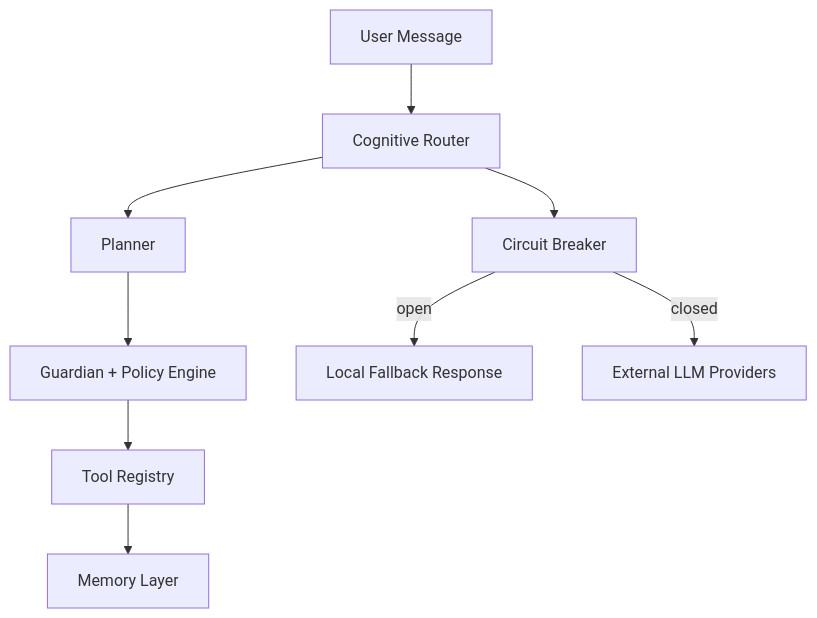
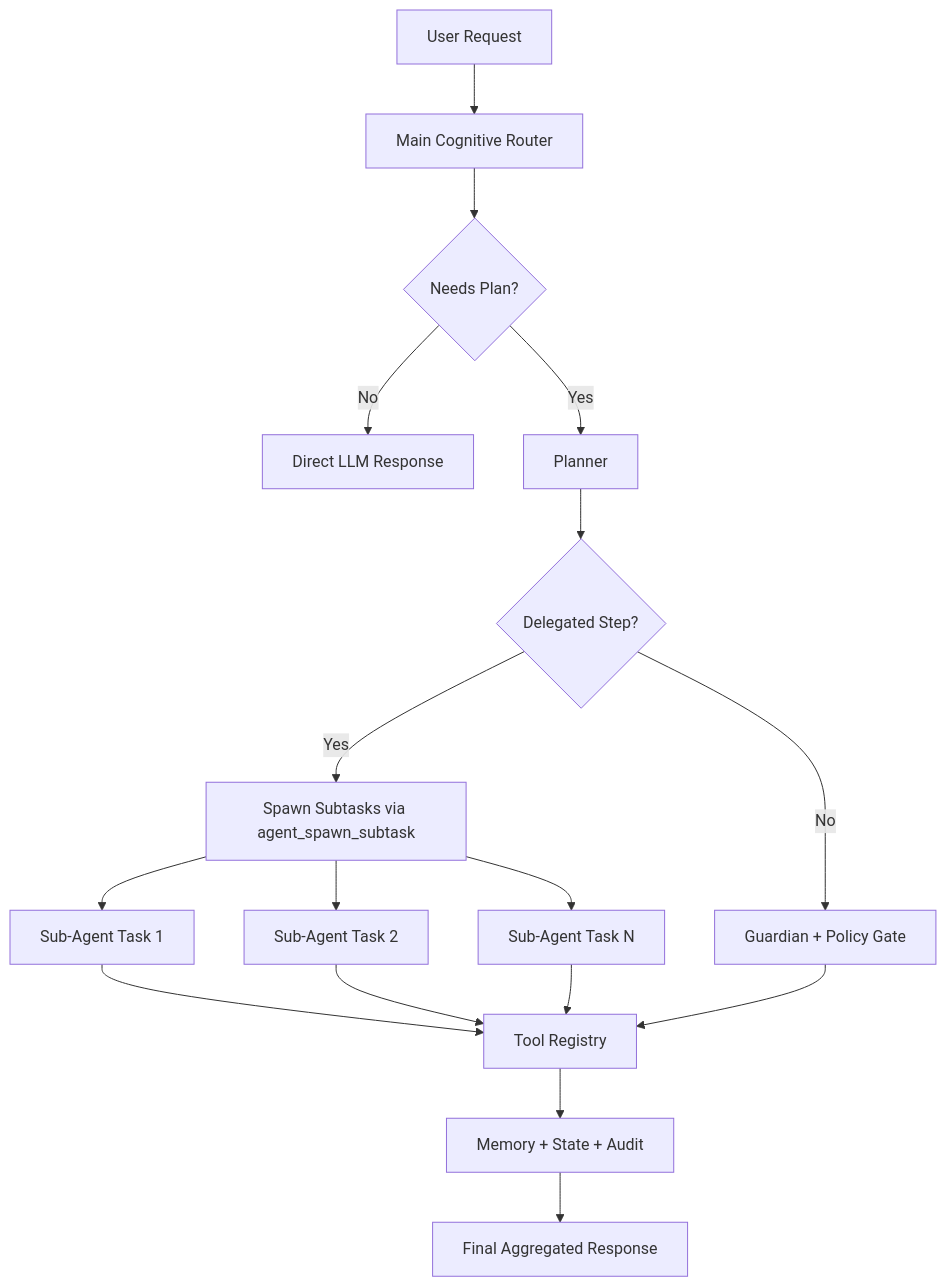
One commit to MrSpy00/OmniCore changed the diagram in README.md. Above: the diagram before and after it, drawn with Mermaid. The commit also changed other lines of this file and 16 other files, not shown here.

Commit message:
V33.0: The Claude Assimilation - Omni-Agent Swarming, MCP Integration, Plan Mode, and Bilingual README

````diff
--- a/README.md
+++ b/README.md
@@ -52,11 +60,19 @@
 ```mermaid
 flowchart TD
-    U[User Message] --> R[Cognitive Router]
-    R --> P[Planner]
-    P --> G[Guardian + Policy Engine]
-    G --> T[Tool Registry]
-    T --> M[Memory Layer]
-    R --> C[Circuit Breaker]
-    C -->|open| L[Local Fallback Response]
-    C -->|closed| X[External LLM Providers]
+    U[User Request] --> R[Main Cognitive Router]
+    R --> C{Needs Plan?}
+    C -- No --> LLM[Direct LLM Response]
+    C -- Yes --> P[Planner]
+    P --> D{Delegated Step?}
+    D -- No --> G[Guardian + Policy Gate]
+    D -- Yes --> S[Spawn Subtasks via agent_spawn_subtask]
+    S --> A1[Sub-Agent Task 1]
+    S --> A2[Sub-Agent Task 2]
+    S --> A3[Sub-Agent Task N]
+    A1 --> T[Tool Registry]
+    A2 --> T
+    A3 --> T
+    G --> T
+    T --> M[Memory + State + Audit]
+    M --> O[Final Aggregated Response]
 ```
````
